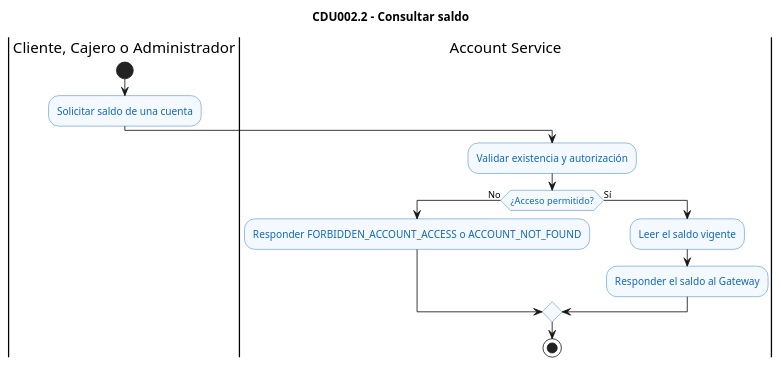
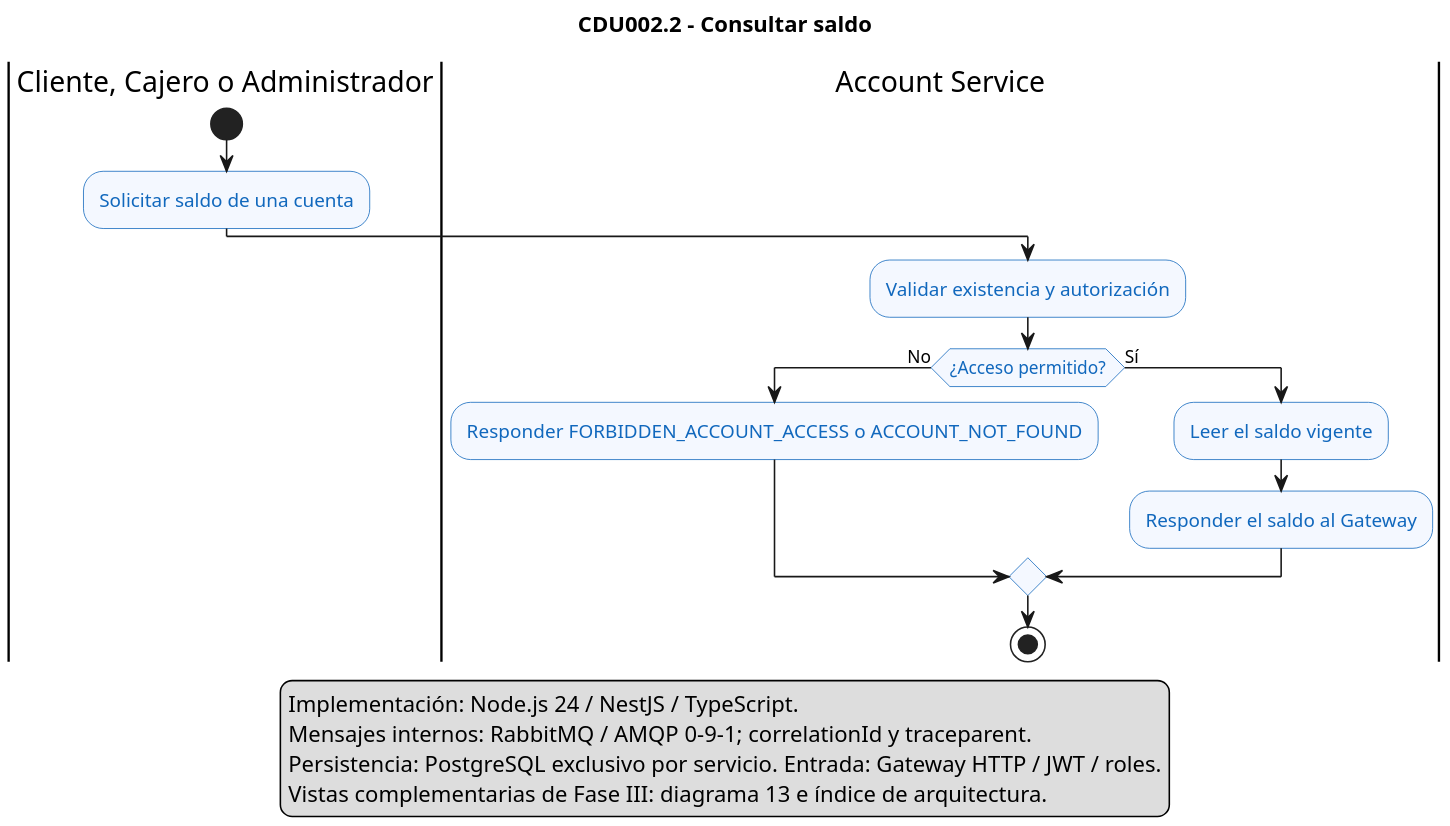
The diagram in docs/architecture/diagrams/cdu/account/flujos/CDU002.2-consultar-saldo.puml (marcosbondel/Proyecto-SA-B-2), drawn with PlantUML before and after one commit. The commit also changed 74 other files, not shown here.

Commit message:
docs(cdu-er): actualizar casos de uso UML nativos, flujos de negocio y modelos ER fisicos

```diff
--- a/docs/architecture/diagrams/cdu/account/flujos/CDU002.2-consultar-saldo.puml
+++ b/docs/architecture/diagrams/cdu/account/flujos/CDU002.2-consultar-saldo.puml
@@ -1,23 +1,30 @@
 @startuml CDU002.2-consultar-saldo
 title CDU002.2 - Consultar saldo
 
 skinparam shadowing false
+skinparam dpi 180
 skinparam activity {
     BackgroundColor #F4F8FF
     BorderColor #1168BD
     FontColor #1168BD
 }
 
 |Cliente, Cajero o Administrador|
 start
 :Solicitar saldo de una cuenta;
 |Account Service|
 :Validar existencia y autorización;
 if (¿Acceso permitido?) then (No)
     :Responder FORBIDDEN_ACCOUNT_ACCESS o ACCOUNT_NOT_FOUND;
 else (Sí)
     :Leer el saldo vigente;
     :Responder el saldo al Gateway;
 endif
 stop
+legend bottom
+  Implementación: Node.js 24 / NestJS / TypeScript.
+  Mensajes internos: RabbitMQ / AMQP 0-9-1; correlationId y traceparent.
+  Persistencia: PostgreSQL exclusivo por servicio. Entrada: Gateway HTTP / JWT / roles.
+  Vistas complementarias de Fase III: diagrama 13 e índice de arquitectura.
+endlegend
 @enduml
```
